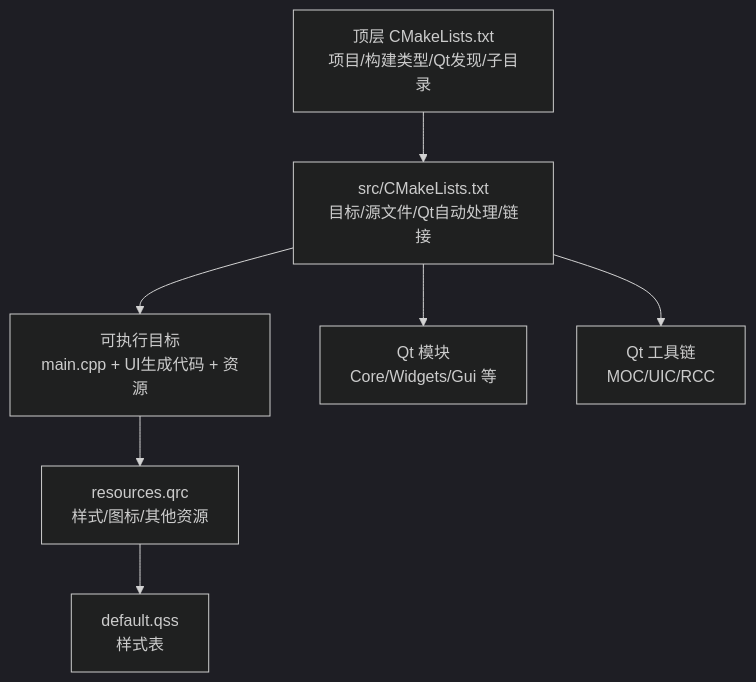
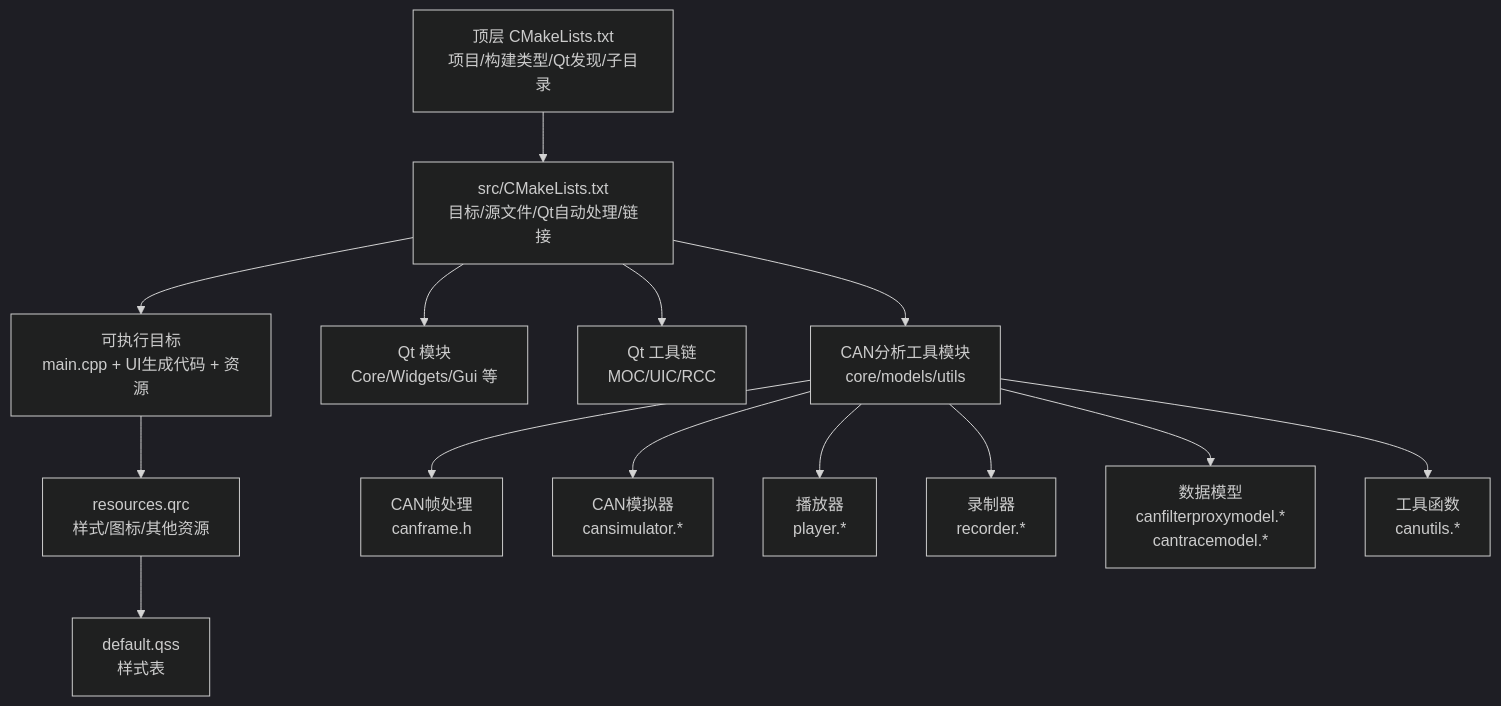
One commit to jakecai1225-design/OpenBus changed the second of 4 diagrams in .qoder/repowiki/zh/content/构建和部署/CMake构建配置.md. Above: the diagram before and after it, drawn with Mermaid (dark theme). The commit also changed other lines of this file and 31 other files, not shown here.

````diff
--- a/.qoder/repowiki/zh/content/构建和部署/CMake构建配置.md
+++ b/.qoder/repowiki/zh/content/构建和部署/CMake构建配置.md
@@ -98,9 +137,16 @@
 ```mermaid
 graph TB
 A["顶层 CMakeLists.txt<br/>项目/构建类型/Qt发现/子目录"] --> B["src/CMakeLists.txt<br/>目标/源文件/Qt自动处理/链接"]
 B --> C["可执行目标<br/>main.cpp + UI生成代码 + 资源"]
 B --> D["Qt 模块<br/>Core/Widgets/Gui 等"]
 B --> E["Qt 工具链<br/>MOC/UIC/RCC"]
 C --> F["resources.qrc<br/>样式/图标/其他资源"]
 F --> G["default.qss<br/>样式表"]
+B --> H["CAN分析工具模块<br/>core/models/utils"]
+H --> I["CAN帧处理<br/>canframe.h"]
+H --> J["CAN模拟器<br/>cansimulator.*"]
+H --> K["播放器<br/>player.*"]
+H --> L["录制器<br/>recorder.*"]
+H --> M["数据模型<br/>canfilterproxymodel.*<br/>cantracemodel.*"]
+H --> N["工具函数<br/>canutils.*"]
 ```
````
